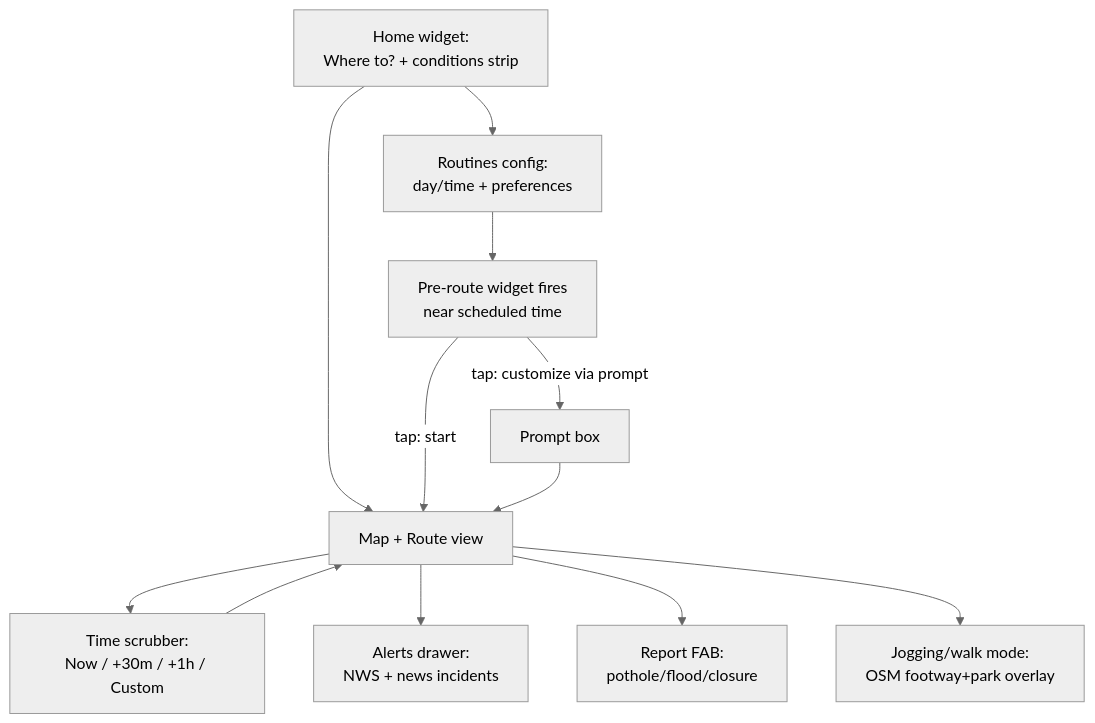
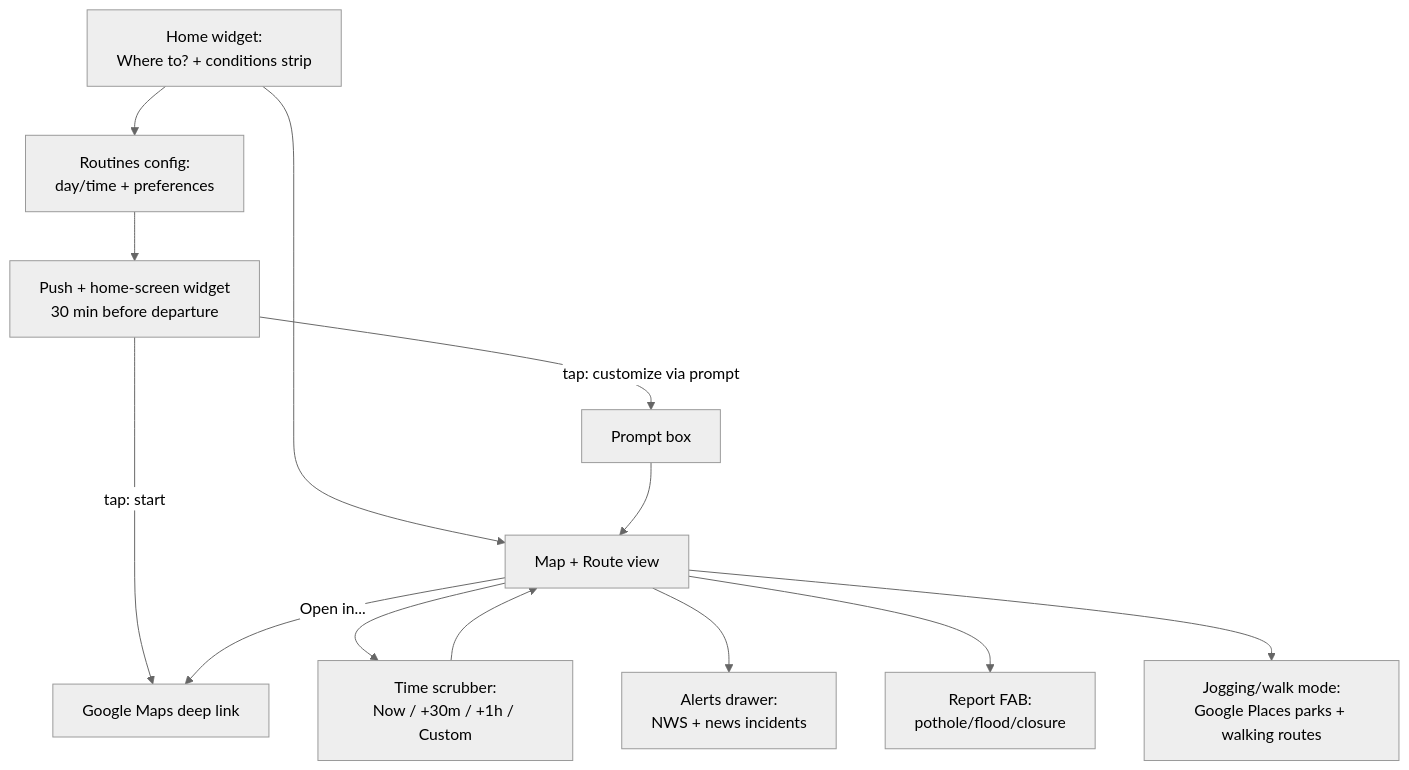
Before and after one commit to TomasPessagno/mapay: the second of 2 diagrams in AGENTS.md, drawn with Mermaid (neutral theme). The commit also changed other lines of this file and 2 other files, not shown here.

First line of the commit message:
Docs: Google Maps for map + routing, MongoDB, real push + widget

````diff
--- a/AGENTS.md
+++ b/AGENTS.md
@@ -161,13 +219,14 @@
 ```mermaid
 flowchart TD
     Home[Home widget:\nWhere to? + conditions strip] --> Map[Map + Route view]
     Home --> Routines[Routines config:\nday/time + preferences]
-    Routines --> Widget[Pre-route widget fires\nnear scheduled time]
-    Widget -->|tap: start| Map
+    Routines --> Widget[Push + home-screen widget\n30 min before departure]
+    Widget -->|tap: start| GM[Google Maps deep link]
     Widget -->|tap: customize via prompt| Prompt[Prompt box] --> Map
+    Map -->|Open in...| GM
     Map --> Scrubber[Time scrubber:\nNow / +30m / +1h / Custom]
     Scrubber --> Map
     Map --> Alerts[Alerts drawer:\nNWS + news incidents]
     Map --> ReportFAB[Report FAB:\npothole/flood/closure]
-    Map --> Walk[Jogging/walk mode:\nOSM footway+park overlay]
+    Map --> Walk[Jogging/walk mode:\nGoogle Places parks + walking routes]
 ```
````
